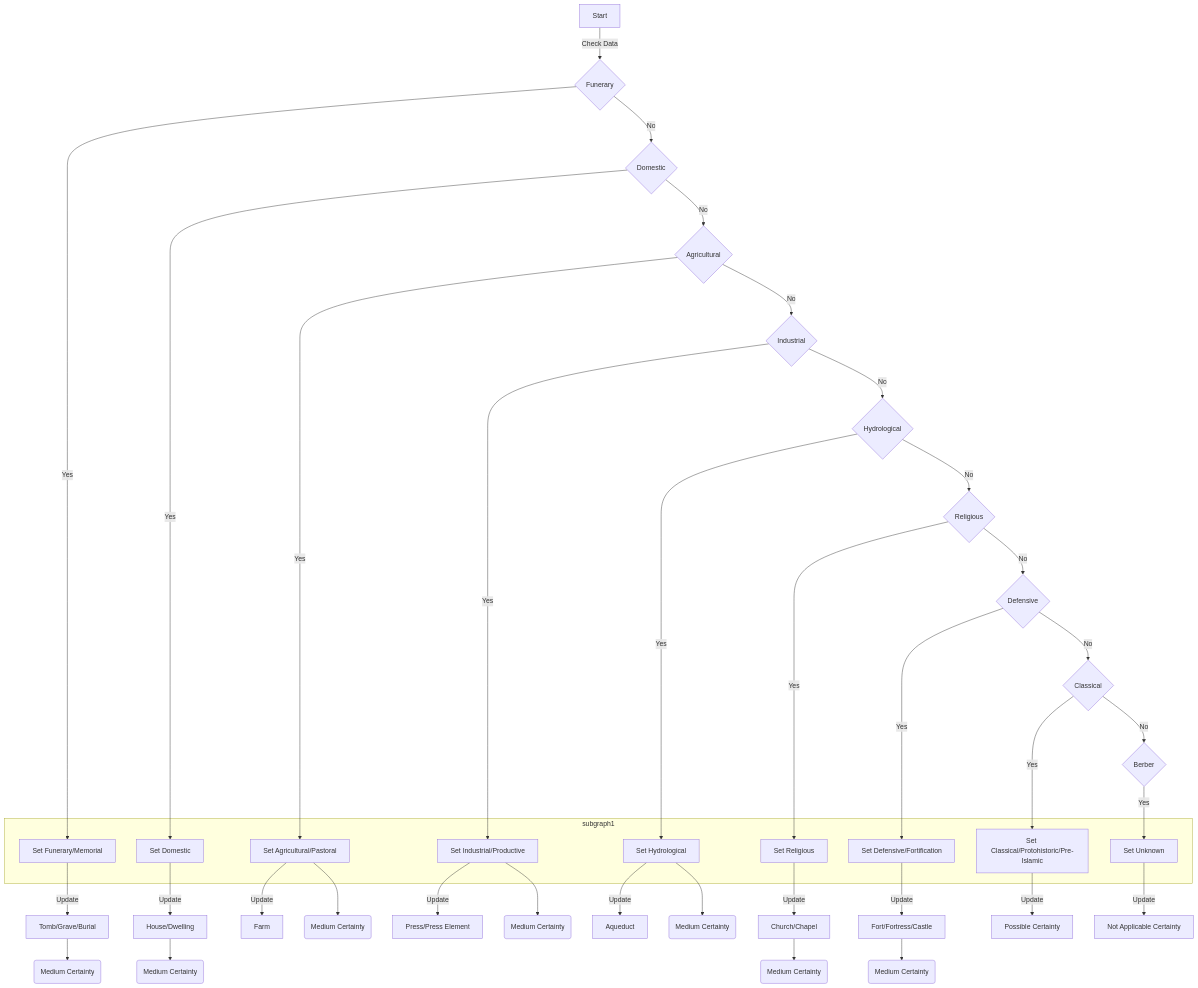
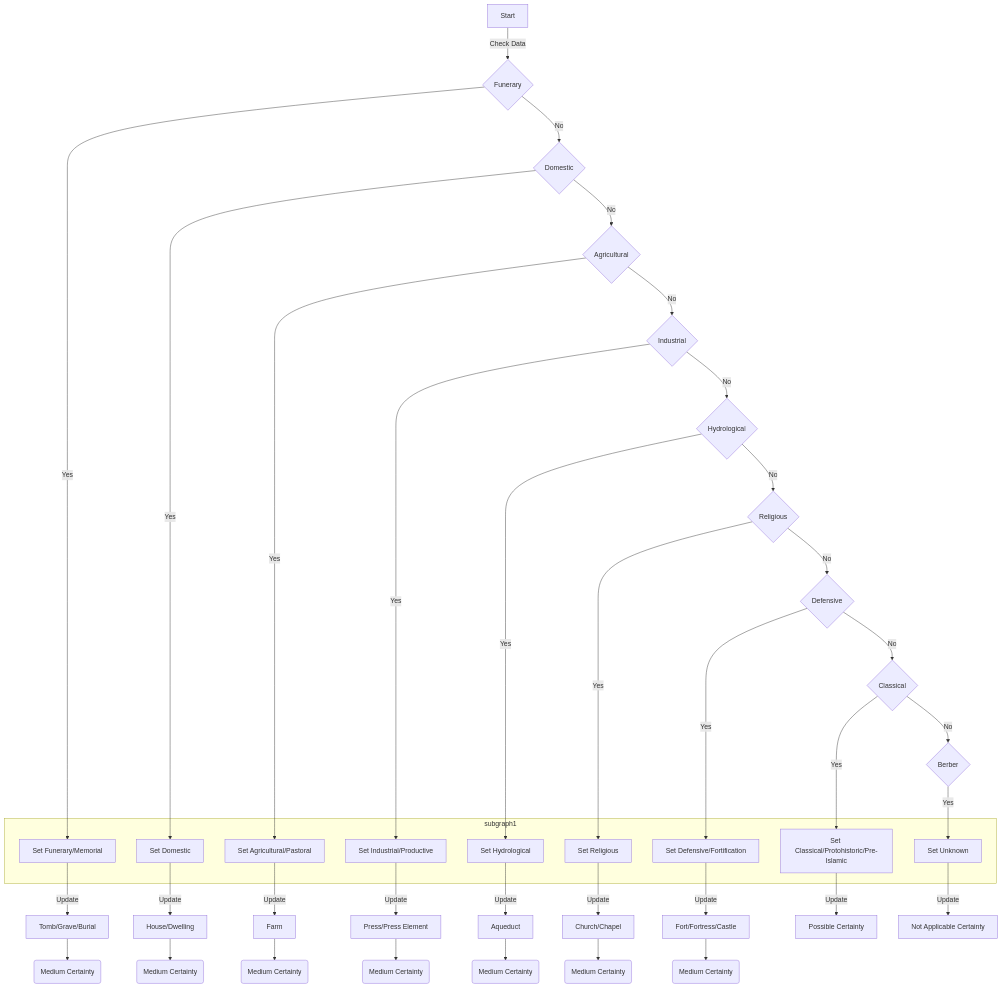
One commit to eamena-project/eamena-arches-dev changed the third of 3 diagrams in projects/aaa/temp.md. Above: the diagram before and after it, drawn with Mermaid.

````diff
--- a/projects/aaa/temp.md
+++ b/projects/aaa/temp.md
@@ -79,48 +79,48 @@
 ```mermaid
 graph TD
     A[Start] -->|Check Data| B{Funerary}
     subgraph subgraph1
     C[Set Funerary/Memorial]
     F[Set Domestic]
     I[Set Agricultural/Pastoral]
     L[Set Industrial/Productive]
     O[Set Hydrological]
     R[Set Religious]
     U[Set Defensive/Fortification]
     X[Set Classical/Protohistoric/Pre-Islamic]
     AA[Set Unknown]
     end
     B -->|Yes| C
     B -->|No| D{Domestic}
     C -->|Update| E[Tomb/Grave/Burial]
     E --> EZ(Medium Certainty)
     D -->|Yes| F
     D -->|No| G{Agricultural}
     F -->|Update| H[House/Dwelling]
     H --> HZ(Medium Certainty)
     G -->|Yes| I
     G -->|No| J{Industrial}
     I -->|Update| K[Farm]
-    I --> IZ(Medium Certainty)
+    K --> KZ(Medium Certainty)
     J -->|Yes| L
     J -->|No| M{Hydrological}
     L -->|Update| N[Press/Press Element]
-    L --> LZ(Medium Certainty)
+    N --> NZ(Medium Certainty)
     M -->|Yes| O
     M -->|No| P{Religious}
     O -->|Update| Q[Aqueduct]
-    O --> OZ(Medium Certainty)
+    Q --> QZ(Medium Certainty)
     P -->|Yes| R
     P -->|No| S{Defensive}
     R -->|Update| T[Church/Chapel]
     T --> TZ(Medium Certainty)
     S -->|Yes| U
     S -->|No| V{Classical}
     U -->|Update| W[Fort/Fortress/Castle]
     W --> WZ(Medium Certainty)
     V -->|Yes| X
     V -->|No| Y{Berber}
     X -->|Update| Z[Possible Certainty]
     Y -->|Yes| AA
     AA -->|Update| AC[Not Applicable Certainty]
 ```
````
